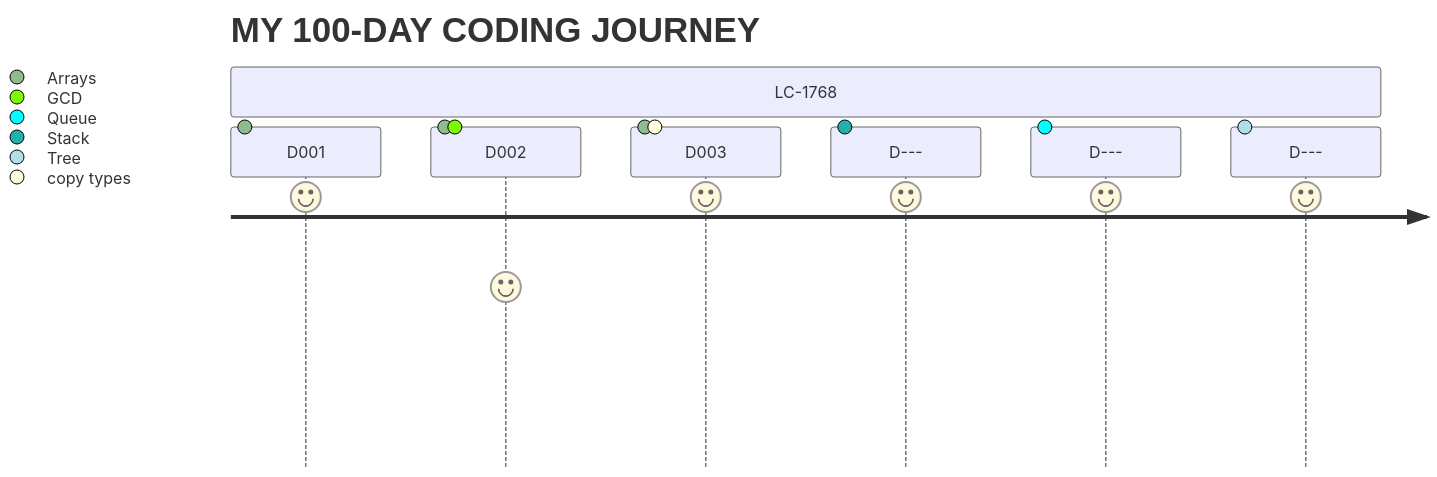
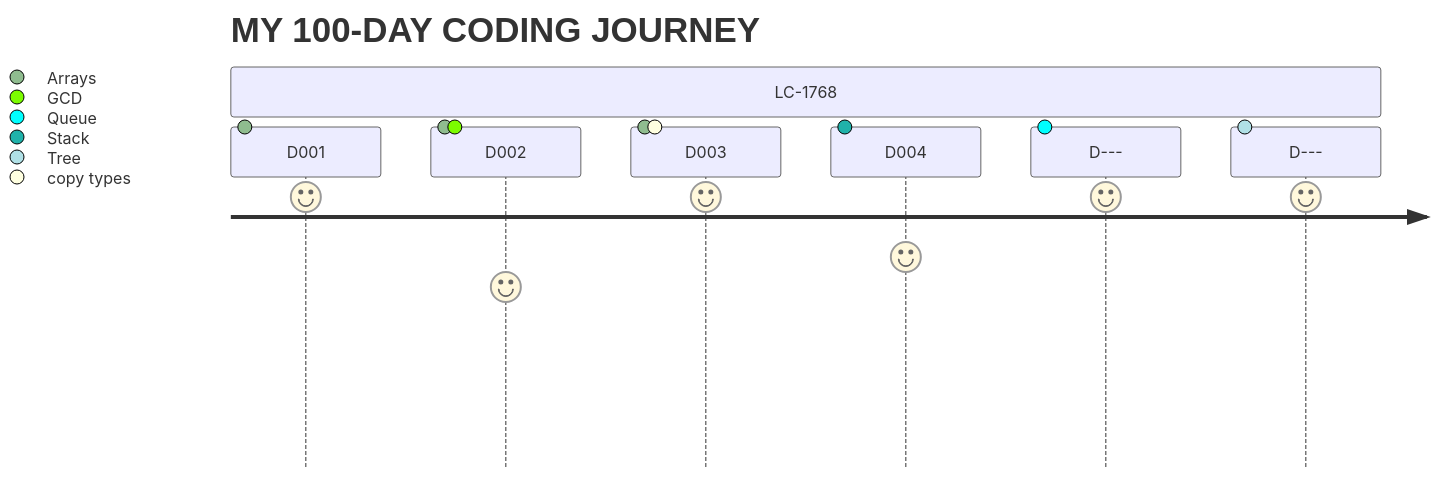
One commit to Edddush/100-days-of-code changed the diagram in log.md. Above: the diagram before and after it, drawn with Mermaid. The commit also changed other lines of this file, not shown here.

````diff
--- a/log.md
+++ b/log.md
@@ -3,11 +3,11 @@
 ```mermaid
 journey
     title MY 100-DAY CODING JOURNEY
     section LC-1768
       D001: 9: Arrays
       D002: 6: Arrays, GCD
       D003: 9: Arrays, copy types
-      D---: 9: Stack
+      D004: 7: Stack
       D---: 9: Queue
       D---: 9: Tree
 ```
````
